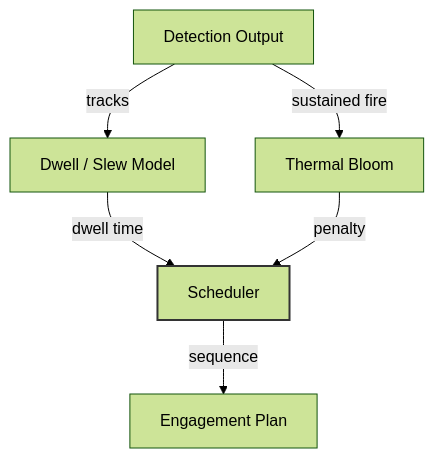
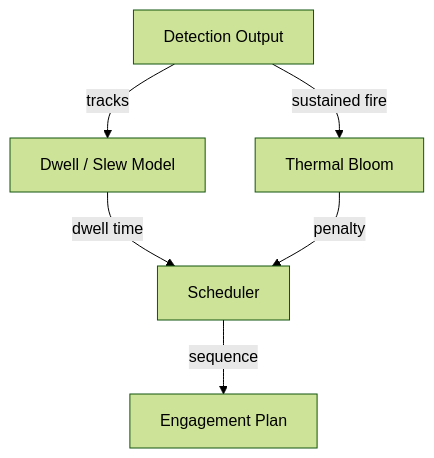
Before and after one commit to AAH20/Apex_C-UAS: the third of 3 diagrams in README.md, drawn with Mermaid (forest theme). The commit also changed other lines of this file and 5 other files, not shown here.

````diff
--- a/README.md
+++ b/README.md
@@ -70,9 +65,8 @@
 ```mermaid
 flowchart TD
     D[Detection Output] -->|tracks| Dw[Dwell / Slew Model]
     D -->|sustained fire| TB[Thermal Bloom]
     Dw -->|dwell time| S[Scheduler]
     TB -->|penalty| S
     S -->|sequence| EP[Engagement Plan]
-    style S stroke:#333,stroke-width:2px
 ```
````
